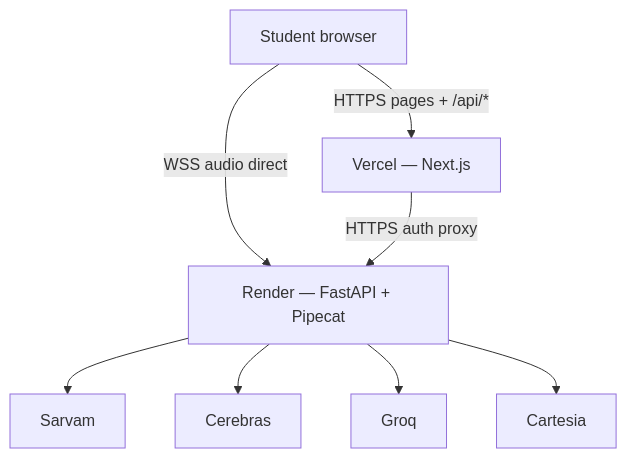
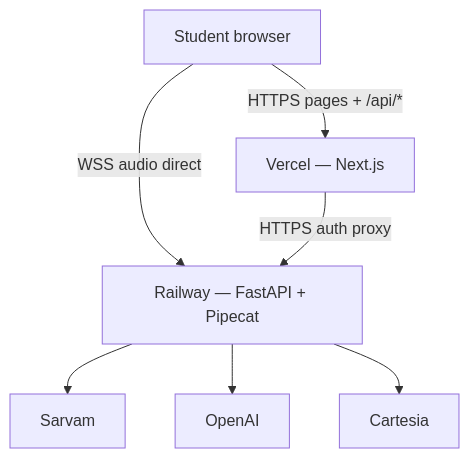
Before and after one commit to v-i-s-h-a-l-l/real-time-live-agent: the fourth of 4 diagrams in README.md, drawn with Mermaid. The commit also changed other lines of this file and 96 other files, not shown here.

First line of the commit message:
Switch production LLM to OpenAI and align Railway, tests, and docs.

````diff
--- a/README.md
+++ b/README.md
@@ -573,18 +569,16 @@
 ```mermaid
 flowchart TB
   Browser[Student browser]
   Vercel[Vercel — Next.js]
-  Render[Render — FastAPI + Pipecat]
+  Railway[Railway — FastAPI + Pipecat]
   Sarvam[Sarvam]
-  Cerebras[Cerebras]
-  Groq[Groq]
+  OpenAI[OpenAI]
   Cartesia[Cartesia]
 
   Browser -->|HTTPS pages + /api/*| Vercel
-  Browser -->|WSS audio direct| Render
-  Vercel -->|HTTPS auth proxy| Render
-  Render --> Sarvam
-  Render --> Cerebras
-  Render --> Groq
-  Render --> Cartesia
+  Browser -->|WSS audio direct| Railway
+  Vercel -->|HTTPS auth proxy| Railway
+  Railway --> Sarvam
+  Railway --> OpenAI
+  Railway --> Cartesia
 ```
````
